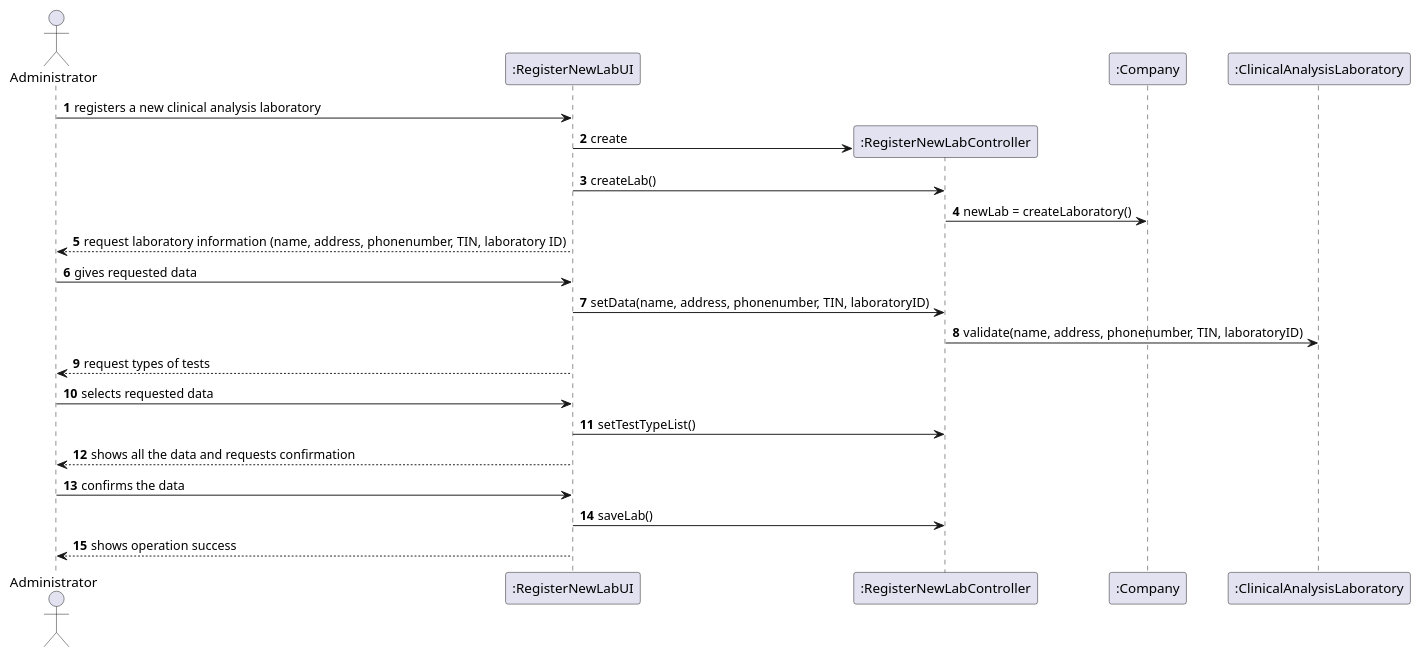
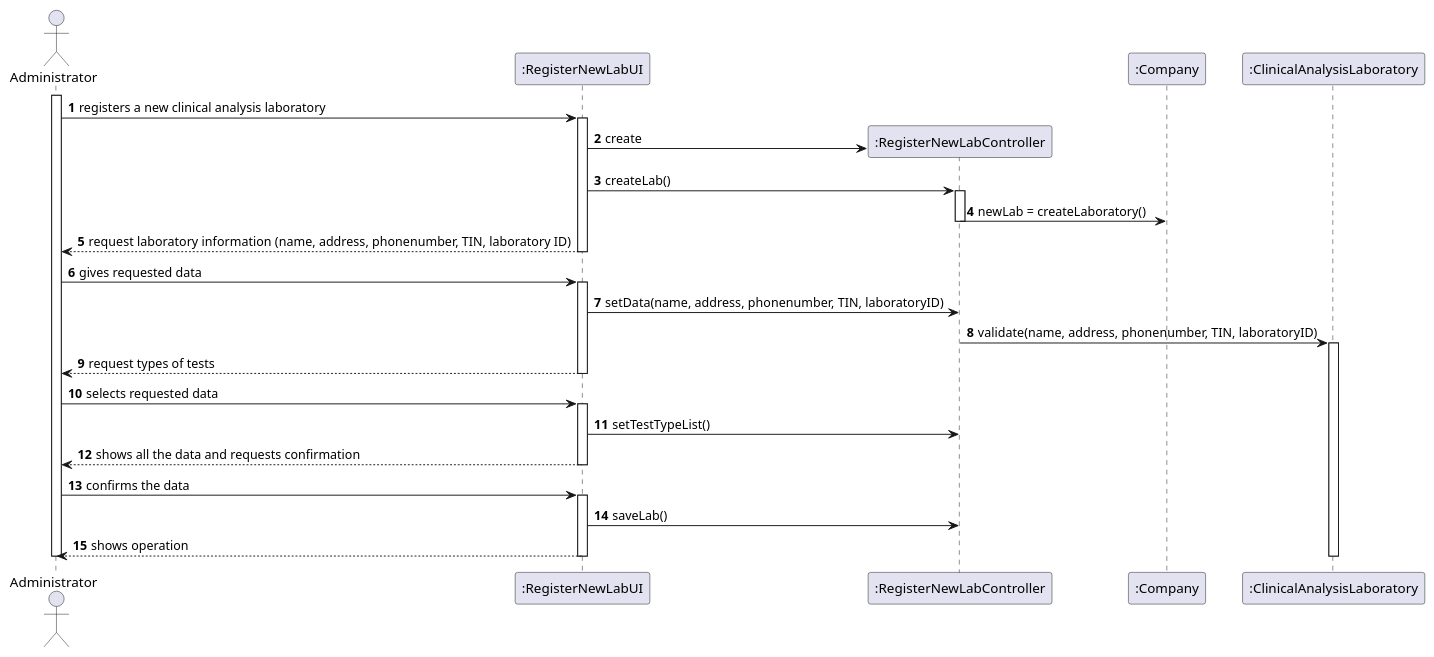
The diagram in docs/SprintB/US8/US8_SD.puml (MadDinosaur/ISEP-LAPR2), drawn with PlantUML before and after one commit. The commit also changed 20 other files, not shown here.

```diff
--- a/docs/SprintB/US8/US8_SD.puml
+++ b/docs/SprintB/US8/US8_SD.puml
@@ -1,26 +1,40 @@
 @startuml
 autonumber
 
 actor Administrator as admin
 participant ":RegisterNewLabUI" as UI
 participant ":RegisterNewLabController" as controller
 participant ":Company" as validate
 participant ":ClinicalAnalysisLaboratory" as lab
 
+activate admin
 admin -> UI : registers a new clinical analysis laboratory
+activate UI
 create controller
 UI -> controller : create
 UI -> controller : createLab()
+activate controller
 controller -> validate : newLab = createLaboratory()
+deactivate controller
 UI --> admin : request laboratory information (name, address, phonenumber, TIN, laboratory ID)
+deactivate UI
 admin -> UI : gives requested data
+activate UI
 UI -> controller : setData(name, address, phonenumber, TIN, laboratoryID)
 controller -> lab : validate(name, address, phonenumber, TIN, laboratoryID)
+activate lab
 UI --> admin : request types of tests
+deactivate UI
 admin -> UI : selects requested data
+activate UI
 UI -> controller : setTestTypeList()
 UI --> admin : shows all the data and requests confirmation
+deactivate UI
 admin -> UI : confirms the data
+activate UI
 UI -> controller : saveLab()
-UI --> admin : shows operation success
+UI --> admin : shows operation
+deactivate lab
+deactivate UI
+deactivate admin
 @enduml
```
